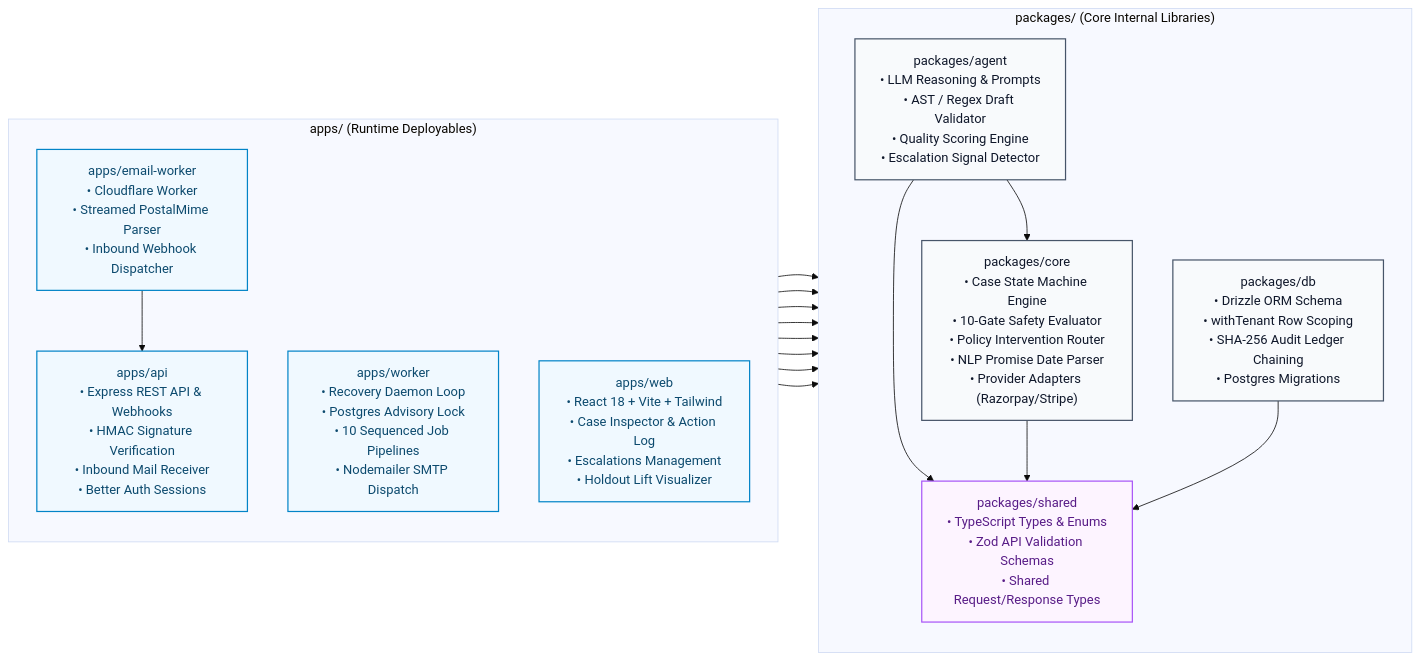
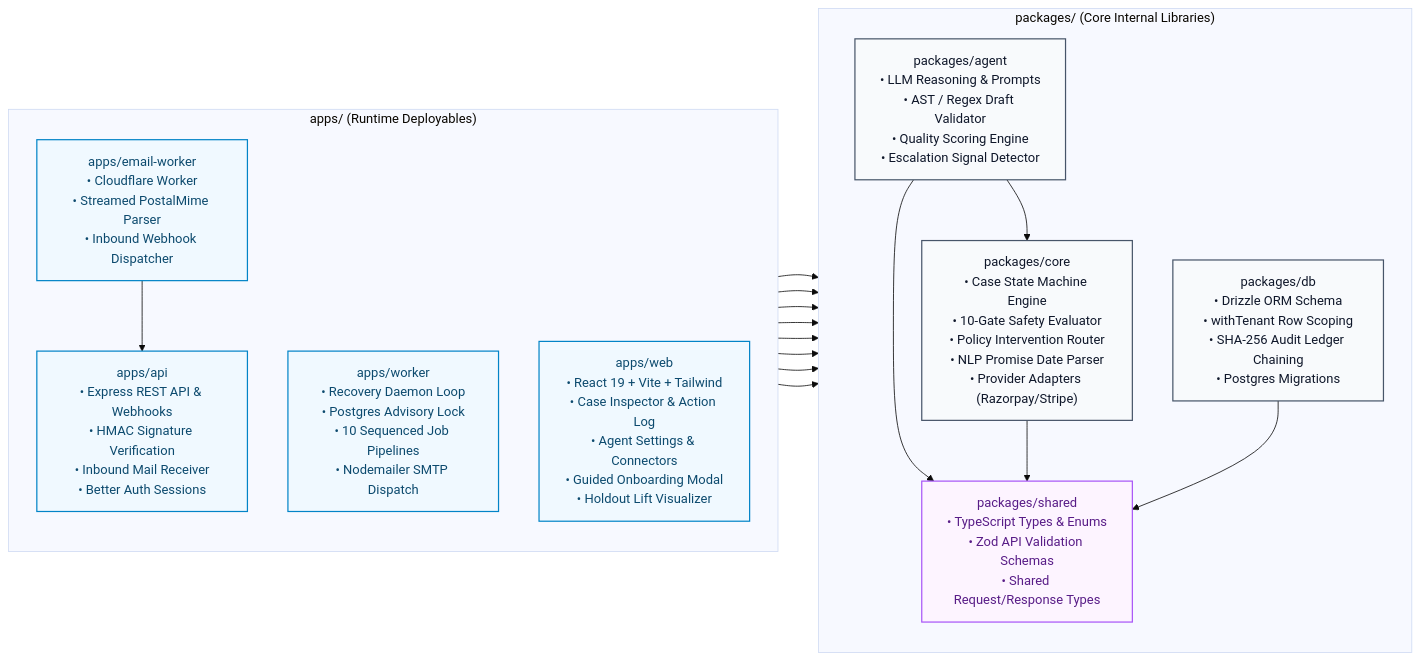
One commit to heysagnik/riko changed the first of 7 diagrams in HOW_IT_WORKS.md. Above: the diagram before and after it, drawn with Mermaid (base theme). The commit also changed other lines of this file and 18 other files, not shown here.

````diff
--- a/HOW_IT_WORKS.md
+++ b/HOW_IT_WORKS.md
@@ -25,32 +25,32 @@
 ```mermaid
 flowchart LR
     %% Class Styles
     classDef appNode fill:#f0f9ff,stroke:#0284c7,stroke-width:1.5px,color:#0c4a6e
     classDef pkgNode fill:#f8fafc,stroke:#475569,stroke-width:1.5px,color:#0f172a
     classDef sharedNode fill:#fdf4ff,stroke:#a855f7,stroke-width:1.5px,color:#581c87
 
     subgraph Apps["apps/ (Runtime Deployables)"]
         direction TB
         API["apps/api\n• Express REST API & Webhooks\n• HMAC Signature Verification\n• Inbound Mail Receiver\n• Better Auth Sessions"]:::appNode
         WORKER["apps/worker\n• Recovery Daemon Loop\n• Postgres Advisory Lock\n• 10 Sequenced Job Pipelines\n• Nodemailer SMTP Dispatch"]:::appNode
-        WEB["apps/web\n• React 18 + Vite + Tailwind\n• Case Inspector & Action Log\n• Escalations Management\n• Holdout Lift Visualizer"]:::appNode
+        WEB["apps/web\n• React 19 + Vite + Tailwind\n• Case Inspector & Action Log\n• Agent Settings & Connectors\n• Guided Onboarding Modal\n• Holdout Lift Visualizer"]:::appNode
         EMAIL_W["apps/email-worker\n• Cloudflare Worker\n• Streamed PostalMime Parser\n• Inbound Webhook Dispatcher"]:::appNode
     end
 
     subgraph Packages["packages/ (Core Internal Libraries)"]
         direction TB
         CORE["packages/core\n• Case State Machine Engine\n• 10-Gate Safety Evaluator\n• Policy Intervention Router\n• NLP Promise Date Parser\n• Provider Adapters (Razorpay/Stripe)"]:::pkgNode
         AGENT["packages/agent\n• LLM Reasoning & Prompts\n• AST / Regex Draft Validator\n• Quality Scoring Engine\n• Escalation Signal Detector"]:::pkgNode
         DB["packages/db\n• Drizzle ORM Schema\n• withTenant Row Scoping\n• SHA-256 Audit Ledger Chaining\n• Postgres Migrations"]:::pkgNode
         SHARED["packages/shared\n• TypeScript Types & Enums\n• Zod API Validation Schemas\n• Shared Request/Response Types"]:::sharedNode
     end
 
     %% Dependency Links
     API --> DB & CORE & SHARED
     WORKER --> DB & CORE & AGENT & SHARED
     WEB --> SHARED
     AGENT --> CORE & SHARED
     CORE --> SHARED
     DB --> SHARED
     EMAIL_W --> API
 ```
````
